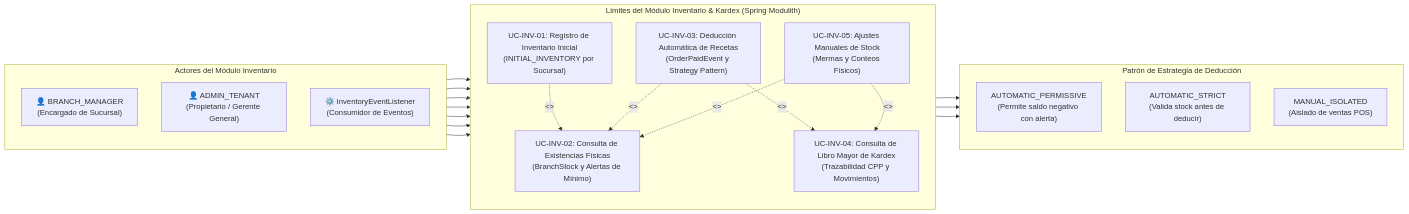
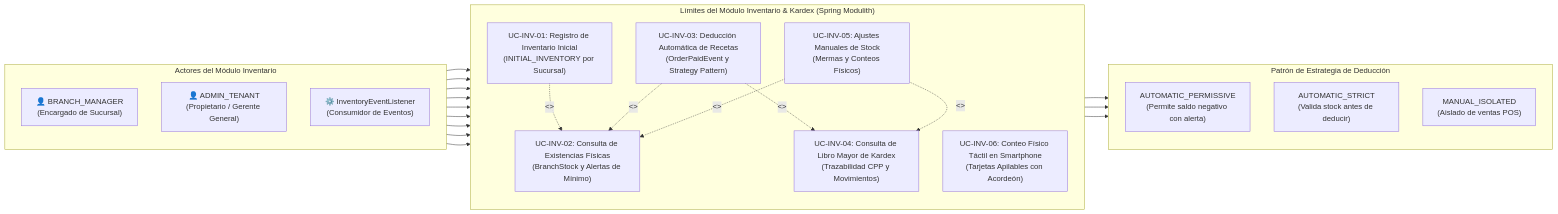
Before and after one commit to vakajose/gestion-restaurante: the diagram in docs/project/architecture/03-use-cases/use_cases_inventory.md, drawn with Mermaid. The commit also changed other lines of this file and 8 other files, not shown here.

````diff
--- a/docs/project/architecture/03-use-cases/use_cases_inventory.md
+++ b/docs/project/architecture/03-use-cases/use_cases_inventory.md
@@ -27,50 +27,53 @@
 ```mermaid
 flowchart LR
     %% Actores
     subgraph Actores["Actores del Módulo Inventario"]
         direction TB
         Act_BM["👤 BRANCH_MANAGER<br/>(Encargado de Sucursal)"]
         Act_AT["👤 ADMIN_TENANT<br/>(Propietario / Gerente General)"]
         Act_SYS["⚙️ InventoryEventListener<br/>(Consumidor de Eventos)"]
     end
 
     %% Casos de Uso
     subgraph Mod_Inventory["Límites del Módulo Inventario & Kardex (Spring Modulith)"]
         direction TB
         UC_INV_01["UC-INV-01: Registro de Inventario Inicial<br/>(INITIAL_INVENTORY por Sucursal)"]
         UC_INV_02["UC-INV-02: Consulta de Existencias Físicas<br/>(BranchStock y Alertas de Mínimo)"]
         UC_INV_03["UC-INV-03: Deducción Automática de Recetas<br/>(OrderPaidEvent y Strategy Pattern)"]
         UC_INV_04["UC-INV-04: Consulta de Libro Mayor de Kardex<br/>(Trazabilidad CPP y Movimientos)"]
         UC_INV_05["UC-INV-05: Ajustes Manuales de Stock<br/>(Mermas y Conteos Físicos)"]
+        UC_INV_06["UC-INV-06: Conteo Físico Táctil en Smartphone<br/>(Tarjetas Apilables con Acordeón)"]
     end
 
     %% Estrategias de Deducción
     subgraph Strategies["Patrón de Estrategia de Deducción"]
         direction TB
         Strat_Perm["AUTOMATIC_PERMISSIVE<br/>(Permite saldo negativo con alerta)"]
         Strat_Strict["AUTOMATIC_STRICT<br/>(Valida stock antes de deducir)"]
         Strat_Manual["MANUAL_ISOLATED<br/>(Aislado de ventas POS)"]
     end
 
     %% Asociaciones de Actores
     Act_BM --> UC_INV_01
     Act_BM --> UC_INV_02
     Act_BM --> UC_INV_04
     Act_BM --> UC_INV_05
+    Act_BM --> UC_INV_06
 
     Act_AT --> UC_INV_02
     Act_AT --> UC_INV_04
+    Act_AT --> UC_INV_06
 
     Act_SYS --> UC_INV_03
 
     %% Relaciones entre Casos de Uso
     UC_INV_01 -.->|"<<inicializa>>"| UC_INV_02
     UC_INV_03 -.->|"<<actualiza saldo>>"| UC_INV_02
     UC_INV_03 -.->|"<<registra SALE_OUT>>"| UC_INV_04
     UC_INV_05 -.->|"<<ajusta saldo>>"| UC_INV_02
     UC_INV_05 -.->|"<<registra PHYSICAL_COUNT_ADJUSTMENT>>"| UC_INV_04
 
     UC_INV_03 --> Strat_Perm
     UC_INV_03 --> Strat_Strict
     UC_INV_03 --> Strat_Manual
 ```
````
